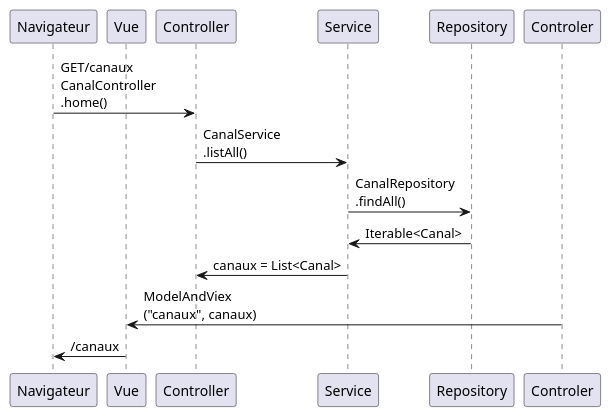
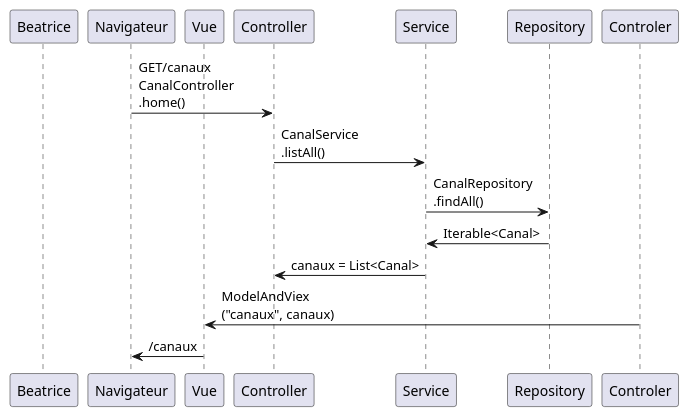
The diagram in doc/ListerAllCanaux.puml (michel-plasse/cdaMassy2021), drawn with PlantUML before and after one commit.

```diff
--- a/doc/ListerAllCanaux.puml
+++ b/doc/ListerAllCanaux.puml
@@ -1,11 +1,12 @@
 @startuml
+participant Beatrice
 participant Navigateur
 participant Vue
 Navigateur -> Controller : GET/canaux\nCanalController\n.home()
 Controller -> Service : CanalService\n.listAll()
 Service -> Repository : CanalRepository\n.findAll()
 Repository -> Service : Iterable<Canal>
 Service -> Controller : canaux = List<Canal>
 Controler -> Vue : ModelAndViex\n("canaux", canaux)
 Vue -> Navigateur : /canaux
 @enduml
```
